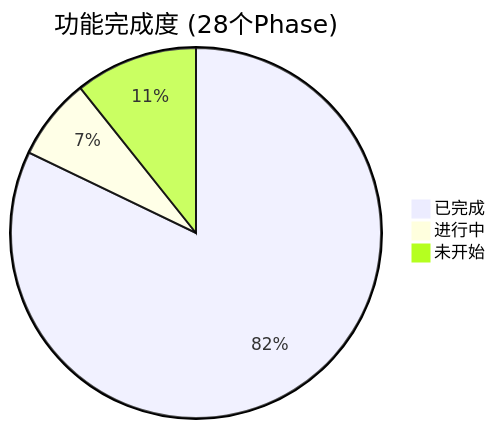
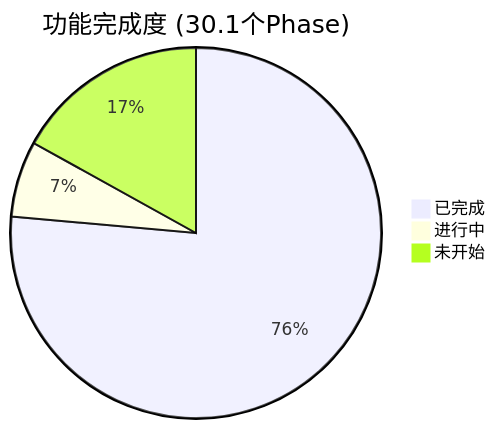
Before and after one commit to nexus-agent-lab/nexus-agent: the diagram in docs/progress_report.md, drawn with Mermaid. The commit also changed other lines of this file and 4 other files, not shown here.

````diff
--- a/docs/progress_report.md
+++ b/docs/progress_report.md
@@ -9,6 +9,6 @@
 ```mermaid
-pie title 功能完成度 (28个Phase)
+pie title 功能完成度 (30.1个Phase)
     "已完成" : 23
     "进行中" : 2
-    "未开始" : 3
+    "未开始" : 5.1
 ```
````
